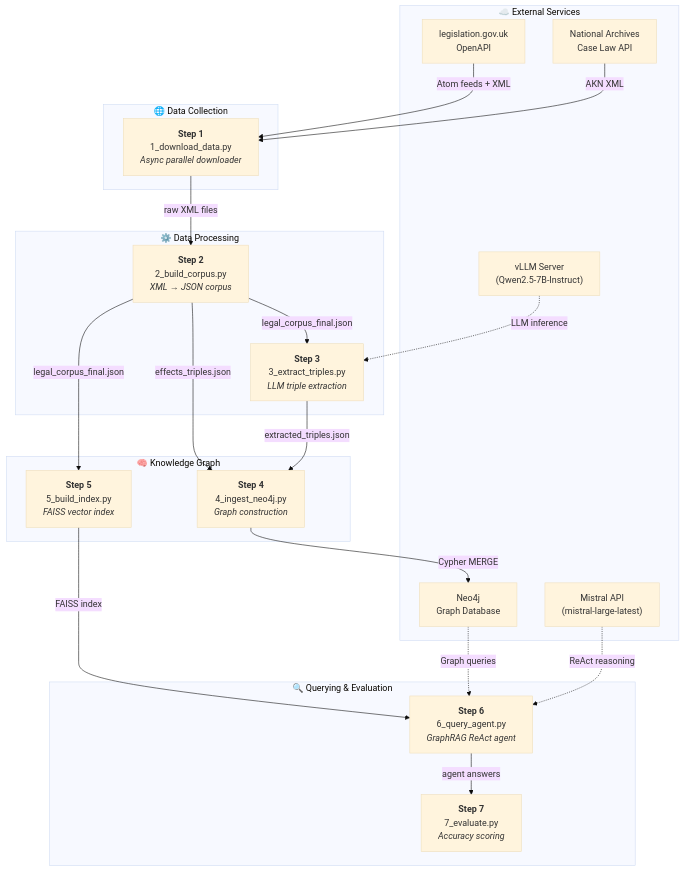
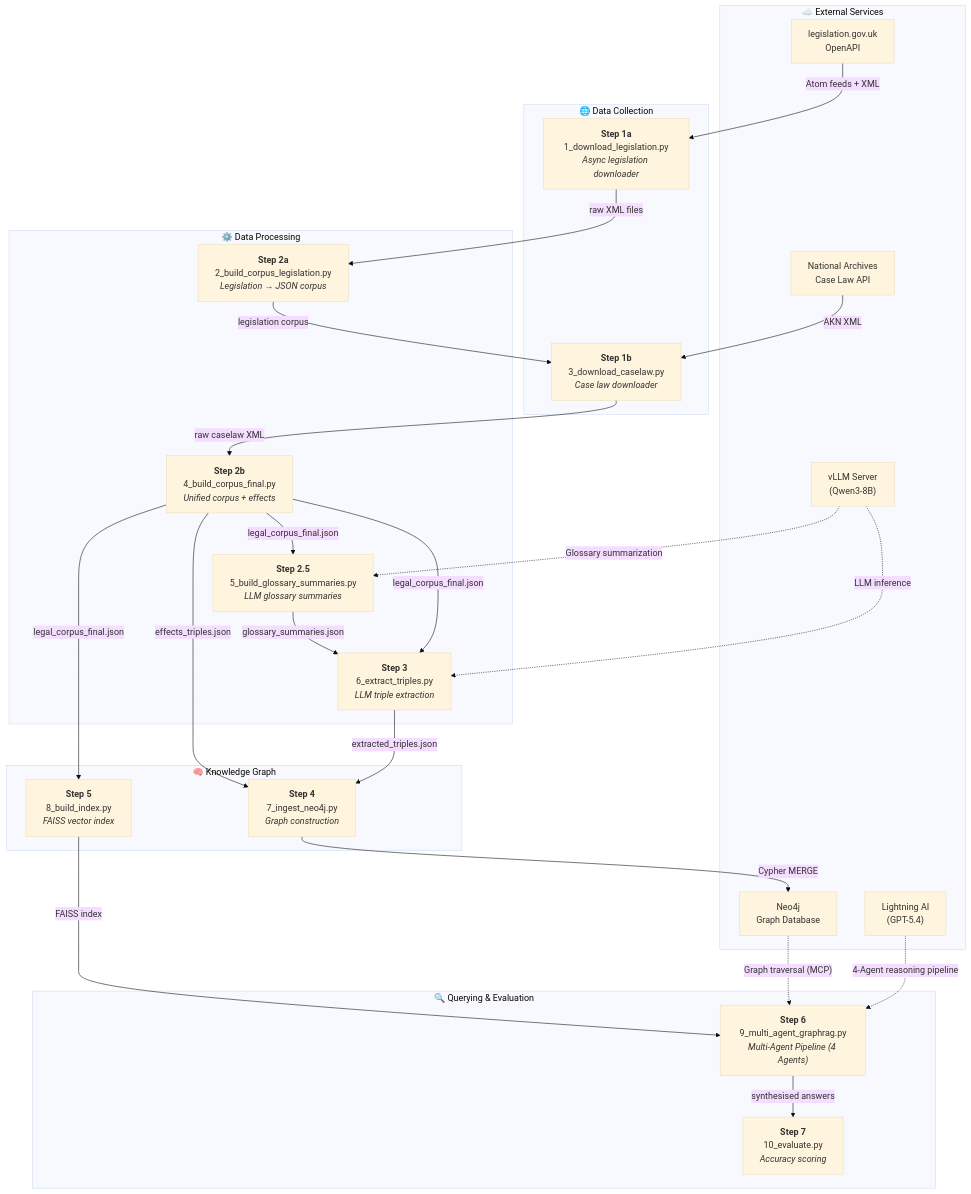
The first of 3 diagrams in documentation/01_pipeline_overview.md (suriya7913/PROJECT_app_ml), drawn with Mermaid (base theme) before and after one commit. The commit also changed other lines of this file and 29 other files, not shown here.

Commit message:
Refactor pipeline to use multi-agent GraphRAG and update documentation

````diff
--- a/documentation/01_pipeline_overview.md
+++ b/documentation/01_pipeline_overview.md
@@ -9,43 +9,51 @@
 ```mermaid
 flowchart TD
     subgraph " 🌐 Data Collection"
-        A["<b>Step 1</b><br/>1_download_data.py<br/><i>Async parallel downloader</i>"]
+        A1["<b>Step 1a</b><br/>1_download_legislation.py<br/><i>Async legislation downloader</i>"]
+        A2["<b>Step 1b</b><br/>3_download_caselaw.py<br/><i>Case law downloader</i>"]
     end
 
     subgraph " ⚙️ Data Processing"
-        B["<b>Step 2</b><br/>2_build_corpus.py<br/><i>XML → JSON corpus</i>"]
-        C["<b>Step 3</b><br/>3_extract_triples.py<br/><i>LLM triple extraction</i>"]
+        B1["<b>Step 2a</b><br/>2_build_corpus_legislation.py<br/><i>Legislation → JSON corpus</i>"]
+        B2["<b>Step 2b</b><br/>4_build_corpus_final.py<br/><i>Unified corpus + effects</i>"]
+        B3["<b>Step 2.5</b><br/>5_build_glossary_summaries.py<br/><i>LLM glossary summaries</i>"]
+        C["<b>Step 3</b><br/>6_extract_triples.py<br/><i>LLM triple extraction</i>"]
     end
 
     subgraph " 🧠 Knowledge Graph"
-        D["<b>Step 4</b><br/>4_ingest_neo4j.py<br/><i>Graph construction</i>"]
-        E["<b>Step 5</b><br/>5_build_index.py<br/><i>FAISS vector index</i>"]
+        D["<b>Step 4</b><br/>7_ingest_neo4j.py<br/><i>Graph construction</i>"]
+        E["<b>Step 5</b><br/>8_build_index.py<br/><i>FAISS vector index</i>"]
     end
 
     subgraph " 🔍 Querying & Evaluation"
-        F["<b>Step 6</b><br/>6_query_agent.py<br/><i>GraphRAG ReAct agent</i>"]
-        G["<b>Step 7</b><br/>7_evaluate.py<br/><i>Accuracy scoring</i>"]
+        F["<b>Step 6</b><br/>9_multi_agent_graphrag.py<br/><i>Multi-Agent Pipeline (4 Agents)</i>"]
+        G["<b>Step 7</b><br/>10_evaluate.py<br/><i>Accuracy scoring</i>"]
     end
 
     subgraph " ☁️ External Services"
         LegAPI["legislation.gov.uk<br/>OpenAPI"]
         CaseLawAPI["National Archives<br/>Case Law API"]
-        vLLM["vLLM Server<br/>(Qwen2.5-7B-Instruct)"]
+        vLLM["vLLM Server<br/>(Qwen3-8B)"]
         Neo4j["Neo4j<br/>Graph Database"]
-        Mistral["Mistral API<br/>(mistral-large-latest)"]
+        LightningAI["Lightning AI<br/>(GPT-5.4)"]
     end
 
-    LegAPI -->|"Atom feeds + XML"| A
-    CaseLawAPI -->|"AKN XML"| A
-    A -->|"raw XML files"| B
-    B -->|"legal_corpus_final.json"| C
-    B -->|"effects_triples.json"| D
-    B -->|"legal_corpus_final.json"| E
+    LegAPI -->|"Atom feeds + XML"| A1
+    CaseLawAPI -->|"AKN XML"| A2
+    A1 -->|"raw XML files"| B1
+    B1 -->|"legislation corpus"| A2
+    A2 -->|"raw caselaw XML"| B2
+    B2 -->|"legal_corpus_final.json"| B3
+    B2 -->|"effects_triples.json"| D
+    B3 -->|"glossary_summaries.json"| C
+    B2 -->|"legal_corpus_final.json"| C
+    B2 -->|"legal_corpus_final.json"| E
     C -->|"extracted_triples.json"| D
     vLLM -.->|"LLM inference"| C
+    vLLM -.->|"Glossary summarization"| B3
     D -->|"Cypher MERGE"| Neo4j
     E -->|"FAISS index"| F
-    Neo4j -.->|"Graph queries"| F
-    Mistral -.->|"ReAct reasoning"| F
-    F -->|"agent answers"| G
+    Neo4j -.->|"Graph traversal (MCP)"| F
+    LightningAI -.->|"4-Agent reasoning pipeline"| F
+    F -->|"synthesised answers"| G
 ```
````
